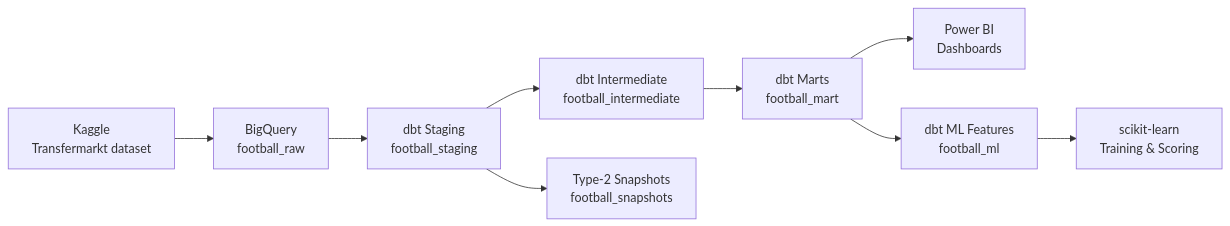
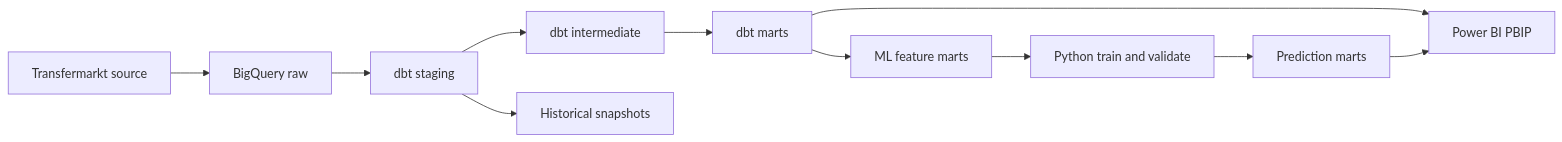
Before and after one commit to senanurcetin/football-player-performance-analysis: the diagram in README.md, drawn with Mermaid. The commit also changed other lines of this file and 31 other files, not shown here.

````diff
--- a/README.md
+++ b/README.md
@@ -61,11 +62,13 @@
 ```mermaid
 flowchart LR
-    A["Kaggle\nTransfermarkt dataset"] --> B["BigQuery\nfootball_raw"]
-    B --> C["dbt Staging\nfootball_staging"]
-    C --> D["dbt Intermediate\nfootball_intermediate"]
-    D --> E["dbt Marts\nfootball_mart"]
-    E --> F["Power BI\nDashboards"]
-    E --> G["dbt ML Features\nfootball_ml"]
-    G --> H["scikit-learn\nTraining & Scoring"]
-    C --> I["Type-2 Snapshots\nfootball_snapshots"]
+    A[Transfermarkt source] --> B[BigQuery raw]
+    B --> C[dbt staging]
+    C --> D[dbt intermediate]
+    D --> E[dbt marts]
+    E --> F[Power BI PBIP]
+    E --> G[ML feature marts]
+    G --> H[Python train and validate]
+    H --> I[Prediction marts]
+    I --> F
+    C --> J[Historical snapshots]
 ```
````
